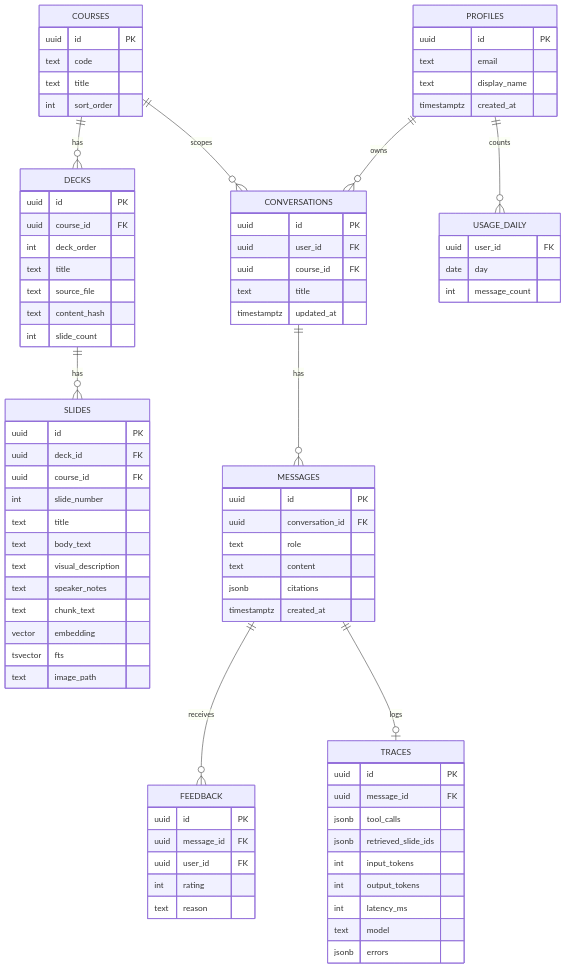
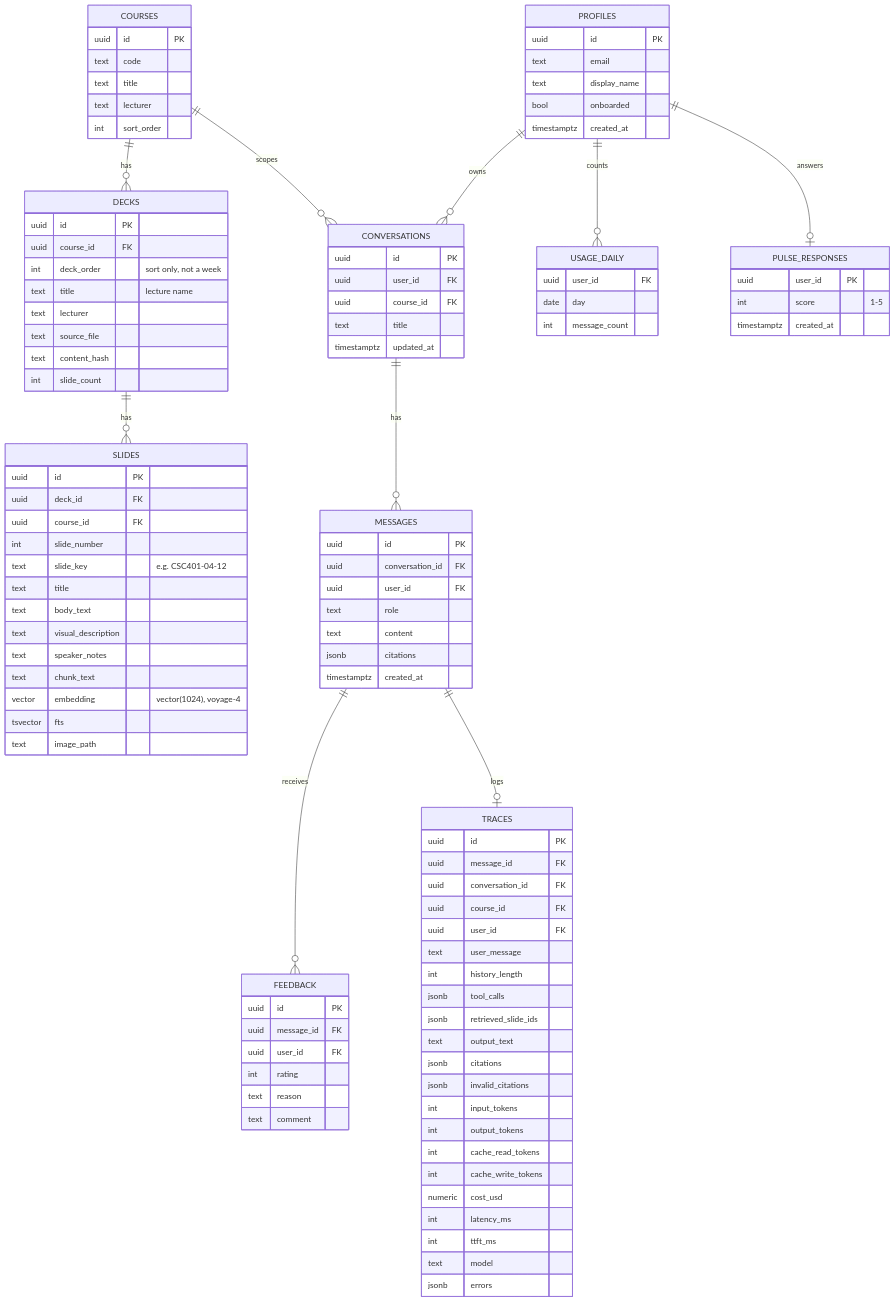
Before and after one commit to Timmynathan/ask-your-slides: the fifth of 6 diagrams in PRD.md, drawn with Mermaid. The commit also changed other lines of this file and 7 other files, not shown here.

```diff
--- a/PRD.md
+++ b/PRD.md
@@ -411,18 +419,21 @@
     MESSAGES ||--o{ FEEDBACK : receives
     MESSAGES ||--o| TRACES : logs
     PROFILES ||--o{ USAGE_DAILY : counts
+    PROFILES ||--o| PULSE_RESPONSES : answers
 
     COURSES {
         uuid id PK
         text code
         text title
+        text lecturer
         int sort_order
     }
     DECKS {
         uuid id PK
         uuid course_id FK
-        int deck_order
-        text title
+        int deck_order "sort only, not a week"
+        text title "lecture name"
+        text lecturer
         text source_file
         text content_hash
         int slide_count
@@ -432,12 +443,13 @@
         uuid deck_id FK
         uuid course_id FK
         int slide_number
+        text slide_key "e.g. CSC401-04-12"
         text title
         text body_text
         text visual_description
         text speaker_notes
         text chunk_text
-        vector embedding
+        vector embedding "vector(1024), voyage-4"
         tsvector fts
         text image_path
     }
@@ -445,6 +457,12 @@
         uuid id PK
         text email
         text display_name
+        bool onboarded
+        timestamptz created_at
+    }
+    PULSE_RESPONSES {
+        uuid user_id PK
+        int score "1-5"
         timestamptz created_at
     }
     CONVERSATIONS {
@@ -457,6 +475,7 @@
     MESSAGES {
         uuid id PK
         uuid conversation_id FK
+        uuid user_id FK
         text role
         text content
         jsonb citations
@@ -468,15 +487,28 @@
         uuid user_id FK
         int rating
         text reason
+        text comment
     }
     TRACES {
         uuid id PK
         uuid message_id FK
+        uuid conversation_id FK
+        uuid course_id FK
+        uuid user_id FK
+        text user_message
+        int history_length
         jsonb tool_calls
         jsonb retrieved_slide_ids
+        text output_text
+        jsonb citations
+        jsonb invalid_citations
         int input_tokens
         int output_tokens
+        int cache_read_tokens
+        int cache_write_tokens
+        numeric cost_usd
         int latency_ms
+        int ttft_ms
         text model
         jsonb errors
     }
```
